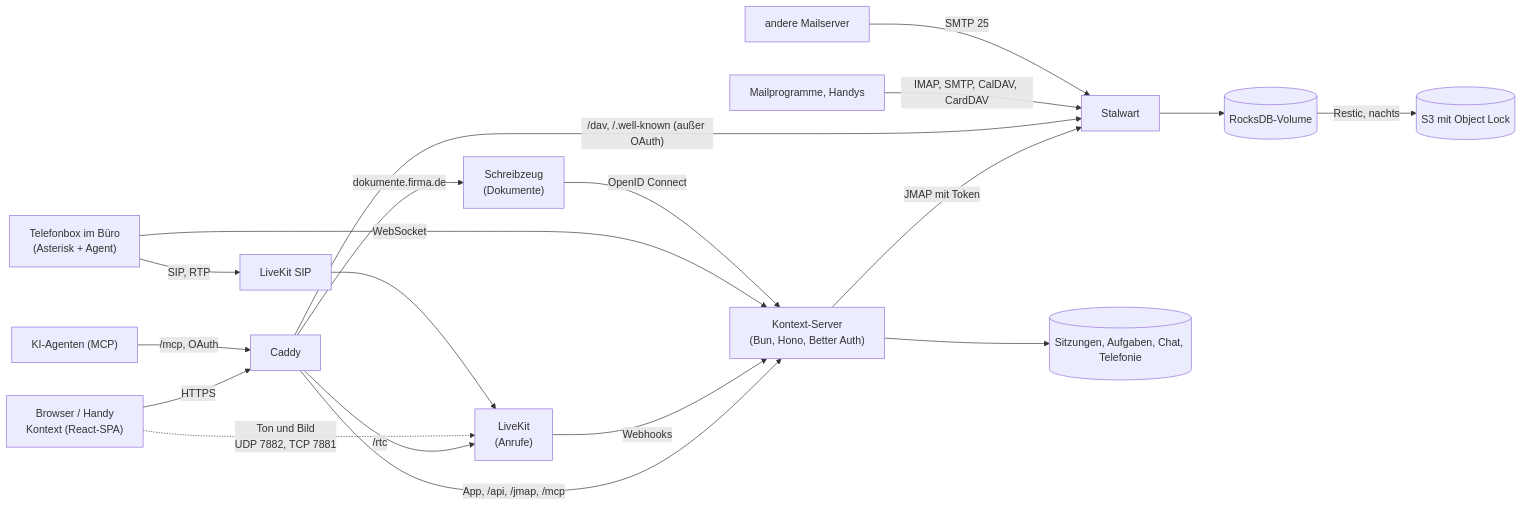
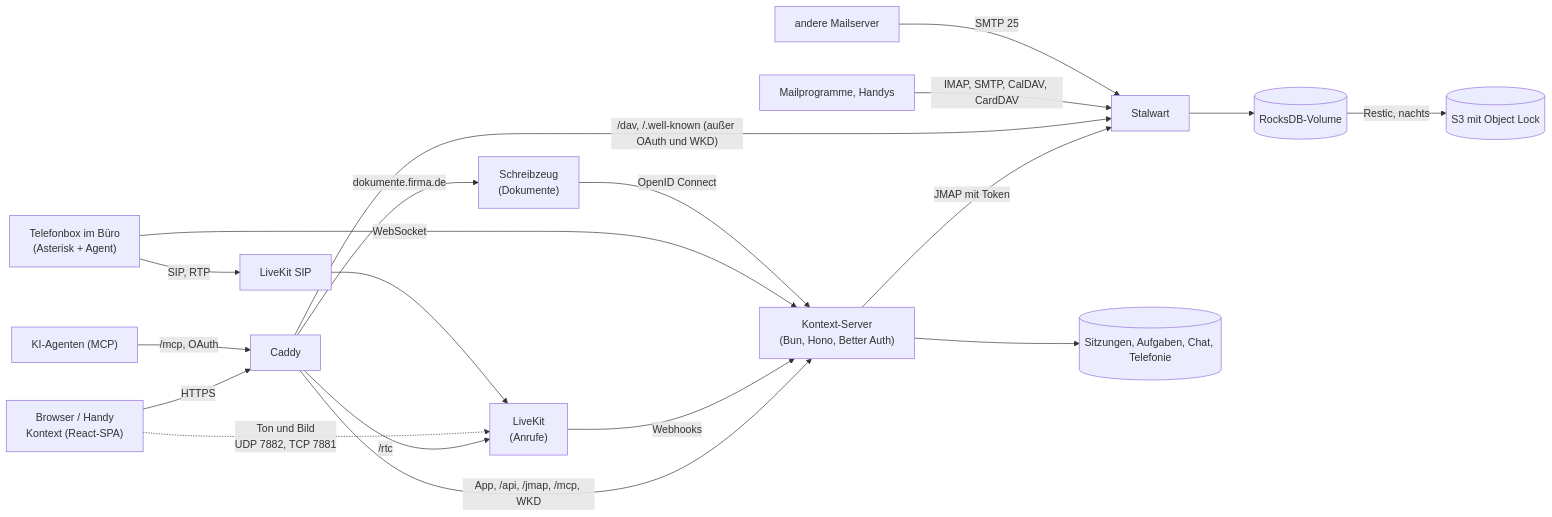
Before and after one commit to firsttris/kontext: the first of 3 diagrams in docs/architecture.md, drawn with Mermaid. The commit also changed other lines of this file and 19 other files, not shown here.

````diff
--- a/docs/architecture.md
+++ b/docs/architecture.md
@@ -3,20 +10,20 @@
 ```mermaid
 flowchart LR
   Browser["Browser / Handy<br>Kontext (React-SPA)"] -->|HTTPS| Caddy
-  Caddy -->|"App, /api, /jmap, /mcp"| Server["Kontext-Server<br>(Bun, Hono, Better Auth)"]
+  Caddy -->|"App, /api, /jmap, /mcp, WKD"| Server["Kontext-Server<br>(Bun, Hono, Better Auth)"]
   Agenten["KI-Agenten (MCP)"] -->|"/mcp, OAuth"| Caddy
   Server -->|"JMAP mit Token"| Stalwart
   Server --> SQLite[("Sitzungen, Aufgaben, Chat, Telefonie")]
   Caddy -->|"/rtc"| LiveKit["LiveKit<br>(Anrufe)"]
   Browser -.->|"Ton und Bild<br>UDP 7882, TCP 7881"| LiveKit
   LiveKit -->|Webhooks| Server
   Box["Telefonbox im Büro<br>(Asterisk + Agent)"] -->|"WebSocket"| Server
   Box -->|"SIP, RTP"| SIP["LiveKit SIP"] --> LiveKit
   Caddy -->|"dokumente.firma.de"| Schreibzeug["Schreibzeug<br>(Dokumente)"]
   Schreibzeug -->|"OpenID Connect"| Server
-  Caddy -->|"/dav, /.well-known (außer OAuth)"| Stalwart
+  Caddy -->|"/dav, /.well-known (außer OAuth und WKD)"| Stalwart
   Clients["Mailprogramme, Handys"] -->|"IMAP, SMTP, CalDAV, CardDAV"| Stalwart
   Internet["andere Mailserver"] -->|SMTP 25| Stalwart
   Stalwart --> Daten[("RocksDB-Volume")]
   Daten -->|Restic, nachts| S3[("S3 mit Object Lock")]
 ```
````
